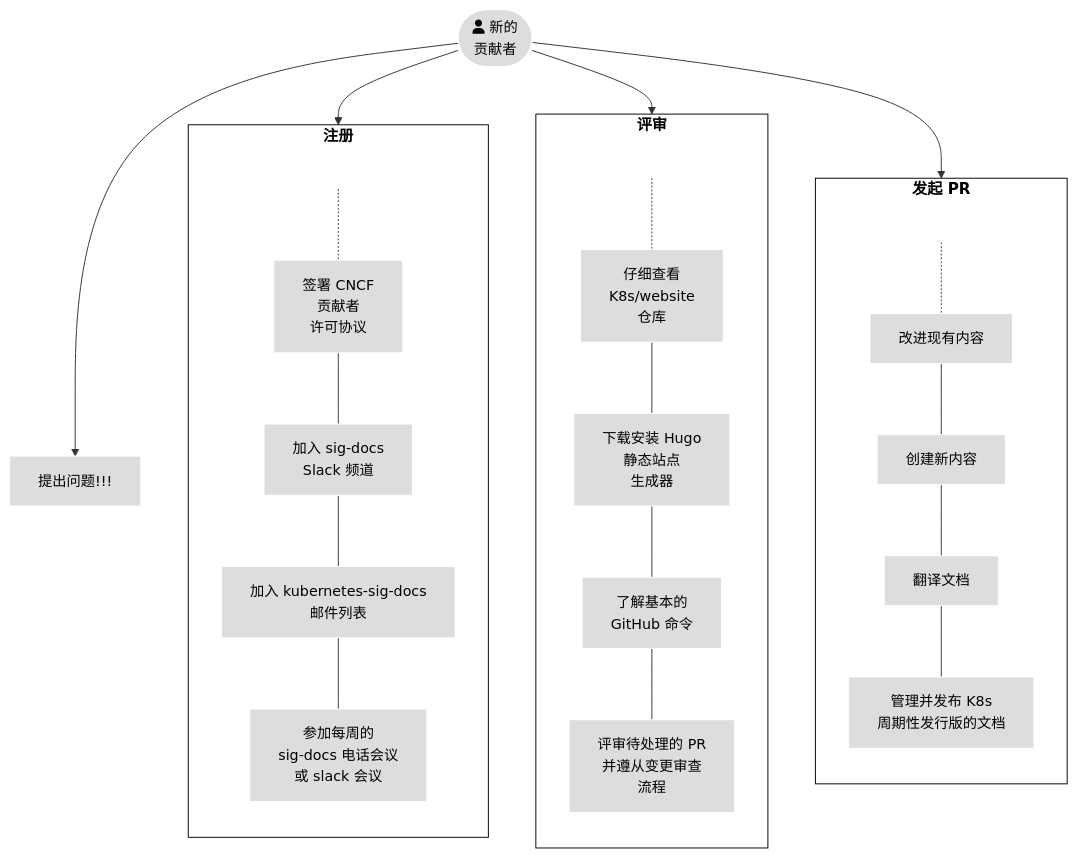
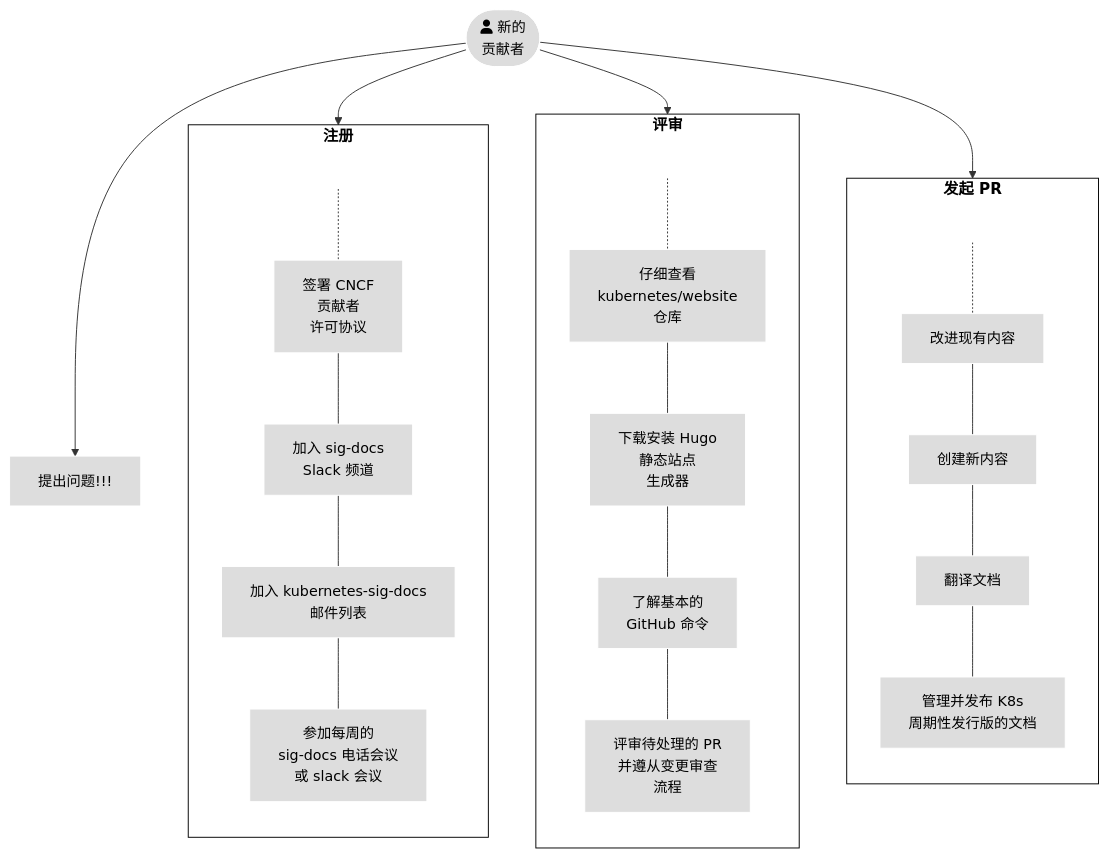
The first of 2 diagrams in content/zh-cn/docs/contribute/_index.md (KimSJ15/kubernetes_website), drawn with Mermaid before and after one commit. The commit also changed other lines of this file and 5 other files, not shown here.

```diff
--- a/content/zh-cn/docs/contribute/_index.md
+++ b/content/zh-cn/docs/contribute/_index.md
@@ -112,40 +112,40 @@
 {{< mermaid >}}
 flowchart TB
 subgraph third[发起 PR]
 direction TB
 U[ ] -.-
 Q[改进现有内容] --- N[创建新内容]
 N --- O[翻译文档]
 O --- P[管理并发布 K8s<br>周期性发行版的文档]
 
 end
 
 subgraph second[评审]
 direction TB
    T[ ] -.-
-   D[仔细查看<br>K8s/website<br>仓库] --- E[下载安装 Hugo<br>静态站点<br>生成器]
+   D[仔细查看<br>kubernetes/website<br>仓库] --- E[下载安装 Hugo<br>静态站点<br>生成器]
    E --- F[了解基本的<br>GitHub 命令]
    F --- G[评审待处理的 PR<br>并遵从变更审查<br>流程]
 end
 
 subgraph first[注册]
     direction TB
     S[ ] -.-
     B[签署 CNCF<br>贡献者<br>许可协议] --- C[加入 sig-docs<br>Slack 频道] 
     C --- V[加入 kubernetes-sig-docs<br>邮件列表]
     V --- M[参加每周的<br>sig-docs 电话会议<br>或 slack 会议]
 end
 
 A([fa:fa-user 新的<br>贡献者]) --> first
 A --> second
 A --> third
 A --> H[提出问题!!!]
 
 
 classDef grey fill:#dddddd,stroke:#ffffff,stroke-width:px,color:#000000, font-size:15px;
 classDef white fill:#ffffff,stroke:#000,stroke-width:px,color:#000,font-weight:bold
 classDef spacewhite fill:#ffffff,stroke:#fff,stroke-width:0px,color:#000
 class A,B,C,D,E,F,G,H,M,Q,N,O,P,V grey
 class S,T,U spacewhite
 class first,second,third white
 {{</ mermaid >}}
```
